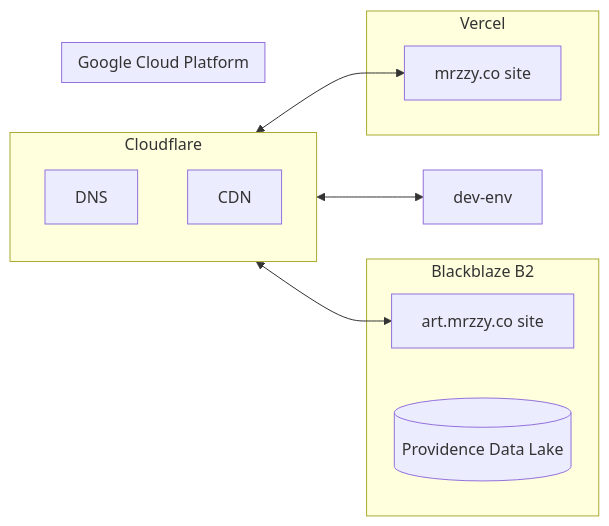
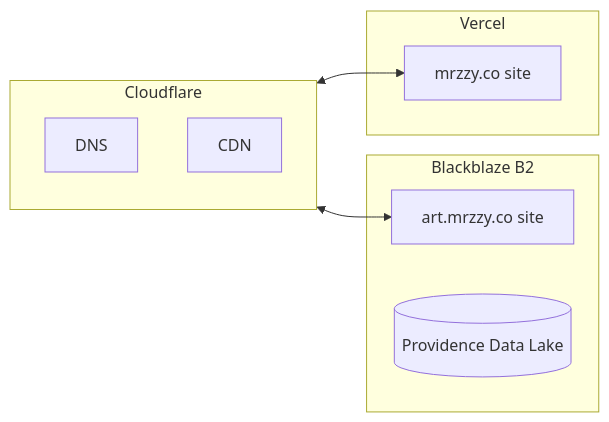
The diagram in README.md (mrzzy/nimbus), drawn with Mermaid before and after one commit. The commit also changed other lines of this file, not shown here.

Commit message:
doc(README): update diagram to remove warp vm

````diff
--- a/README.md
+++ b/README.md
@@ -16,23 +16,19 @@
 ```mermaid
 flowchart LR
     subgraph cf[Cloudflare]
         direction TB
         DNS
         CDN
     end
 
-    cf[Cloudflare] <--> dev-env & art & site
-
-    subgraph gcp[Google Cloud Platform]
-        direction LR
-    end
+    cf[Cloudflare] <--> art & site
 
     subgraph b2[Blackblaze B2]
         art[art.mrzzy.co site]
         lake[(Providence Data Lake)]
     end
 
     subgraph vercel[Vercel]
         site[mrzzy.co site]
     end
 ```
````
